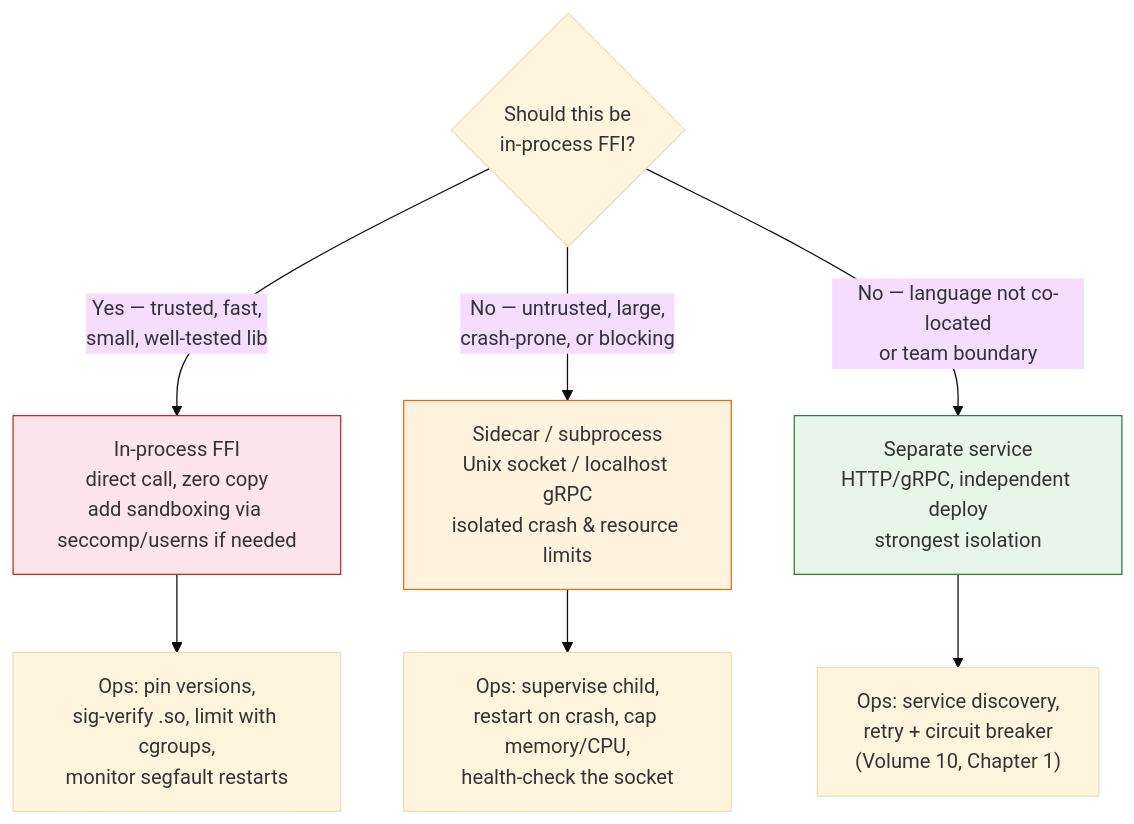
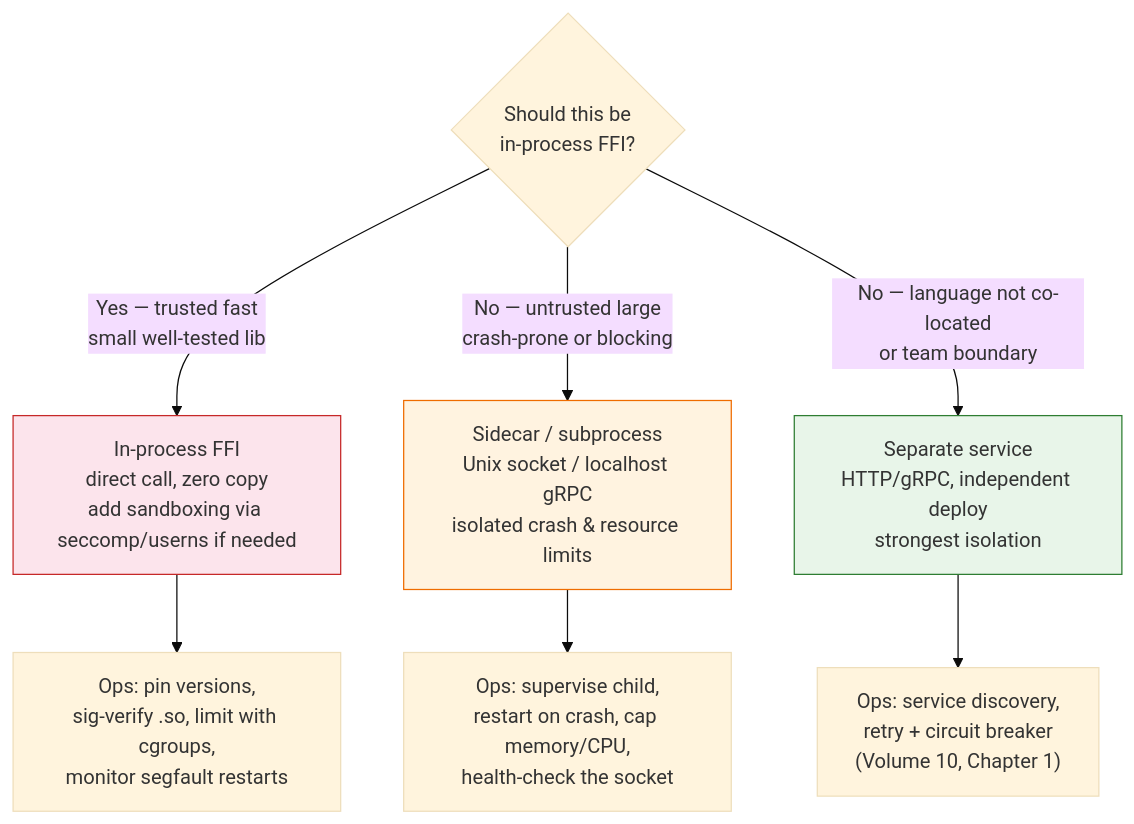
One commit to bumbsclaw/textbooks changed the third of 7 diagrams in vol-13-runtimes/ch08-ffi.md. Above: the diagram before and after it, drawn with Mermaid (base theme). The commit also changed other lines of this file and 173 other files, not shown here.

First line of the commit message:
fix(mermaid): close note brackets, semicolons in Notes, stateDiagram br -> dash, edge parens

````diff
--- a/vol-13-runtimes/ch08-ffi.md
+++ b/vol-13-runtimes/ch08-ffi.md
@@ -556,15 +556,15 @@
 ```mermaid
 flowchart TB
     Q{"Should this be<br/>in-process FFI?"}
-    Q -->|"Yes — trusted, fast,<br/>small, well-tested lib"| FFI["In-process FFI<br/>direct call, zero copy<br/>add sandboxing via seccomp/userns if needed"]
-    Q -->|"No — untrusted, large,<br/>crash-prone, or blocking"| SIDE["Sidecar / subprocess<br/>Unix socket / localhost gRPC<br/>isolated crash & resource limits"]
-    Q -->|"No — language not co-located<br/>or team boundary"| SVC["Separate service<br/>HTTP/gRPC, independent deploy<br/>strongest isolation"]
+    Q -->|"Yes — trusted fast <br >small well-tested lib"| FFI["In-process FFI<br/>direct call, zero copy<br/>add sandboxing via seccomp/userns if needed"]
+    Q -->|"No — untrusted large <br >crash-prone or blocking"| SIDE["Sidecar / subprocess<br/>Unix socket / localhost gRPC<br/>isolated crash & resource limits"]
+    Q -->|"No — language not co-located<br >or team boundary"| SVC["Separate service<br/>HTTP/gRPC, independent deploy<br/>strongest isolation"]
 
     FFI --> FFIOPS["Ops: pin versions,<br/>sig-verify .so, limit with cgroups,<br/>monitor segfault restarts"]
     SIDE --> SIDEOPS["Ops: supervise child,<br/>restart on crash, cap memory/CPU,<br/>health-check the socket"]
     SVC --> SVCOPS["Ops: service discovery,<br/>retry + circuit breaker<br/>(Volume 10, Chapter 1)"]
 
     style FFI fill:#fce4ec,stroke:#c62828
     style SIDE fill:#fff3e0,stroke:#ef6c00
     style SVC fill:#e8f5e9,stroke:#2e7d32
 ```
````
